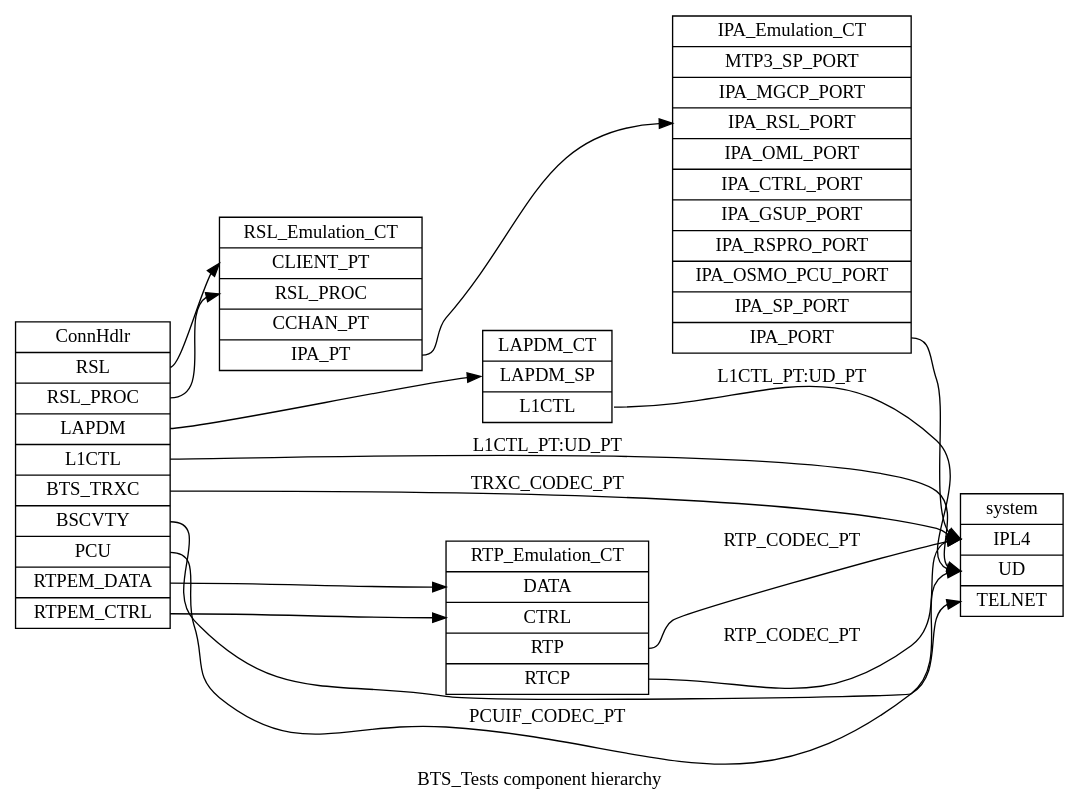
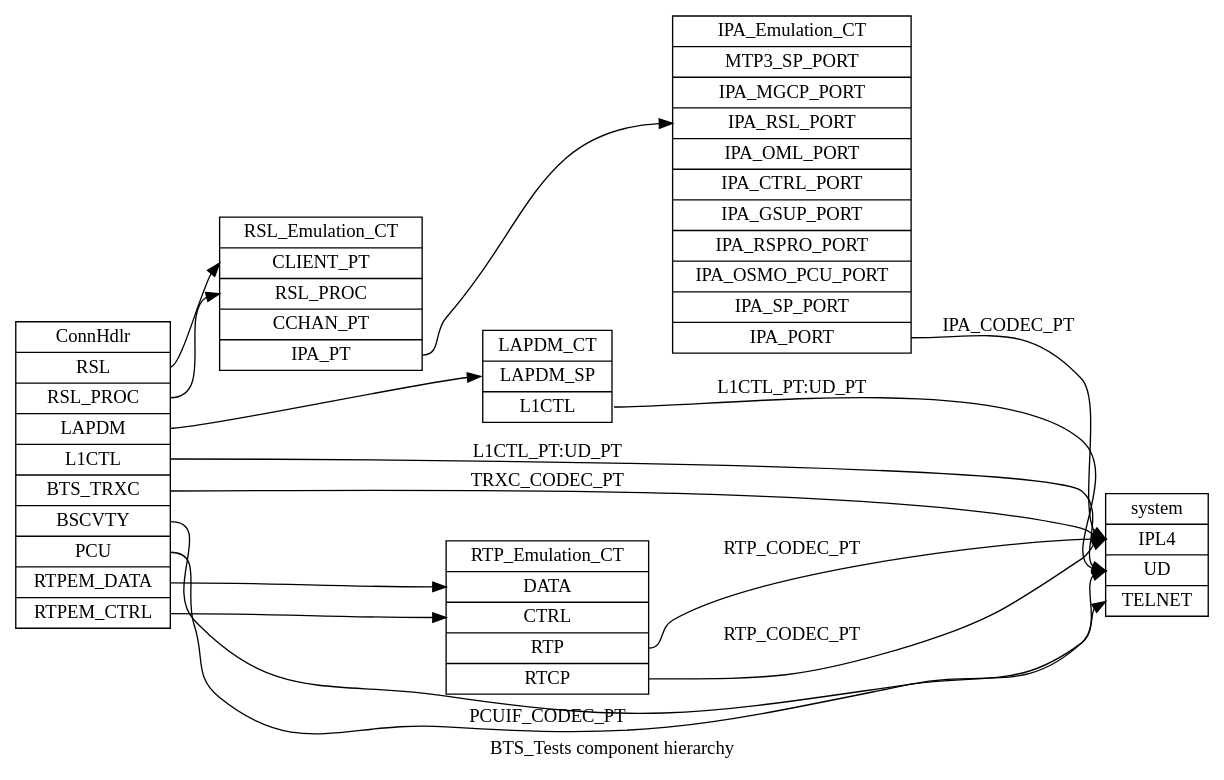
Before and after one commit to osmocom/osmo-ttcn3-hacks: the diagram in doc/bts_tests.dot, drawn with Graphviz. The commit also changed 2 other files, not shown here.

Commit message:
doc: Always annotate codec port types in case of IPL4/UD ports

```diff
--- a/doc/bts_tests.dot
+++ b/doc/bts_tests.dot
@@ -1,49 +1,49 @@
 digraph G {
 	rankdir = LR;
 	label = "BTS_Tests component hierarchy";
 
 	"ConnHdlr" [
 		shape = "record"
 		label = "<f0> ConnHdlr | <RSL> RSL | <RSL_PROC> RSL_PROC | <LAPDM> LAPDM | <L1CTL> L1CTL | <BTS_TRXC> BTS_TRXC | <BSCVTY> BSCVTY | <PCU> PCU | <RTPEM_DATA> RTPEM_DATA | <RTPEM_CTRL> RTPEM_CTRL"
 	];
 	"ConnHdlr":L1CTL -> "system":UD [label="L1CTL_PT:UD_PT"]
 	"ConnHdlr":BTS_TRXC -> "system":IPL4 [label="TRXC_CODEC_PT"]
 	"ConnHdlr":BSCVTY -> "system":TELNET
 	"ConnHdlr":PCU -> "system":UD [label="PCUIF_CODEC_PT"]
 
 	"RSL_Emulation_CT" [
 		shape = "record"
 		label = "<f0> RSL_Emulation_CT | <CLIENT_PT> CLIENT_PT | <RSL_PROC> RSL_PROC | <CCHAN_PT> CCHAN_PT | <IPA_PT> IPA_PT"
 	]
 	"RSL_Emulation_CT":IPA_PT -> "IPA_Emulation_CT":IPA_RSL_PORT
 	"ConnHdlr":RSL -> "RSL_Emulation_CT":CLIENT_PT
 	"ConnHdlr":RSL_PROC -> "RSL_Emulation_CT":RSL_PROC
 
 	"LAPDm_CT" [
 		shape = "record"
 		label = "<f0> LAPDM_CT | <LAPDM_SP> LAPDM_SP | <L1CTL> L1CTL"
 	]
 	"LAPDm_CT":L1CTL -> "system":UD [label="L1CTL_PT:UD_PT"]
 	"ConnHdlr":LAPDM -> "LAPDm_CT":LAPDM_SP
 
 	"RTP_Emulation_CT" [
 		shape = "record"
 		label = "<f0> RTP_Emulation_CT | <DATA> DATA | <CTRL> CTRL | <RTP> RTP | <RTCP> RTCP"
 	]
 	"RTP_Emulation_CT":RTP -> "system":IPL4 [label="RTP_CODEC_PT"]
 	"RTP_Emulation_CT":RTCP -> "system":IPL4 [label="RTP_CODEC_PT"]
 	"ConnHdlr":RTPEM_DATA -> "RTP_Emulation_CT":DATA
 	"ConnHdlr":RTPEM_CTRL -> "RTP_Emulation_CT":CTRL
 
 	"IPA_Emulation_CT" [
 		shape = "record"
 		label = "<f0> IPA_Emulation_CT | <MTP3_SP_PORT> MTP3_SP_PORT | <IPA_MGCP_PORT> IPA_MGCP_PORT | <IPA_RSL_PORT> IPA_RSL_PORT | <IPA_OML_PORT> IPA_OML_PORT | <IPA_CTRL_PORT> IPA_CTRL_PORT | <IPA_GSUP_PORT> IPA_GSUP_PORT | <IPA_RSPRO_PORT> IPA_RSPRO_PORT | <IPA_OSMO_PCU_PORT> IPA_OSMO_PCU_PORT | <IPA_SP_PORT> IPA_SP_PORT | <IPA_PORT> IPA_PORT"
 	];
-	"IPA_Emulation_CT":IPA_PORT -> "system":IPL4
+	"IPA_Emulation_CT":IPA_PORT -> "system":IPL4 [label="IPA_CODEC_PT"]
 
 
 	"system" [
 		shape = "record"
 		label = "<f0> system | <IPL4> IPL4 | <UD> UD | <TELNET> TELNET"
 	];
 }
```
